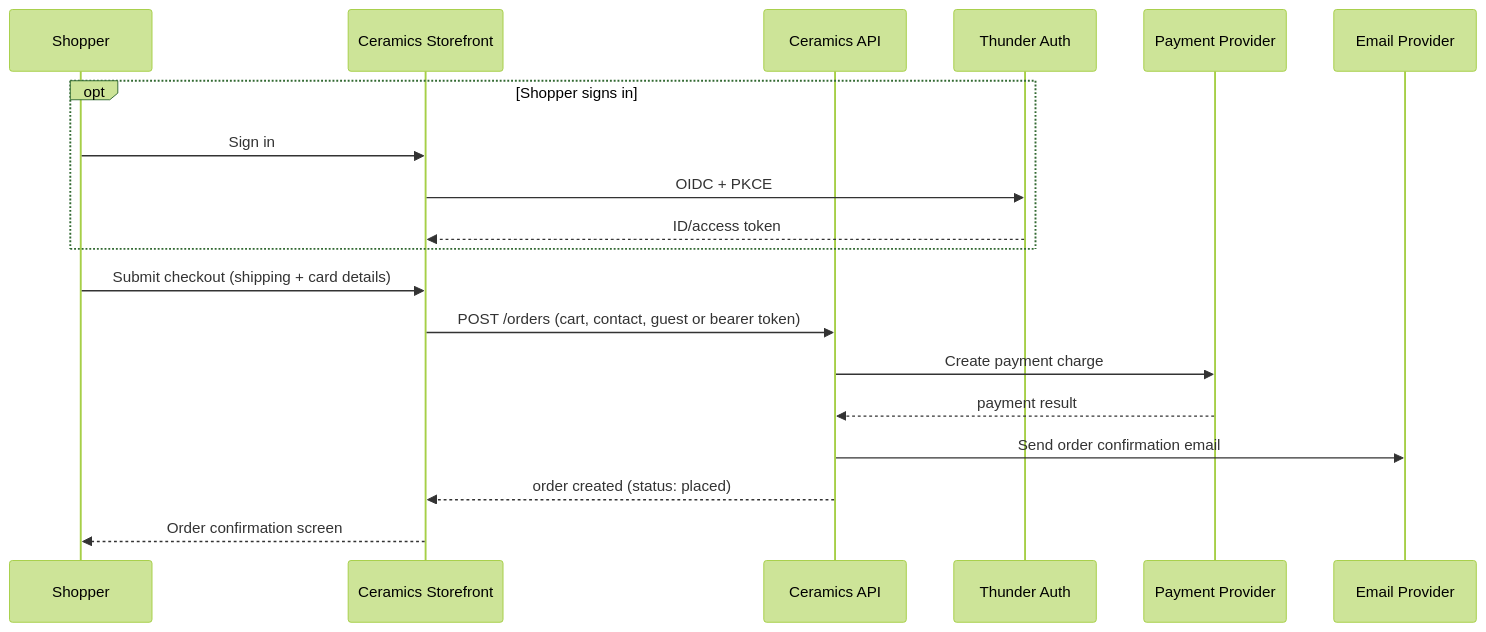
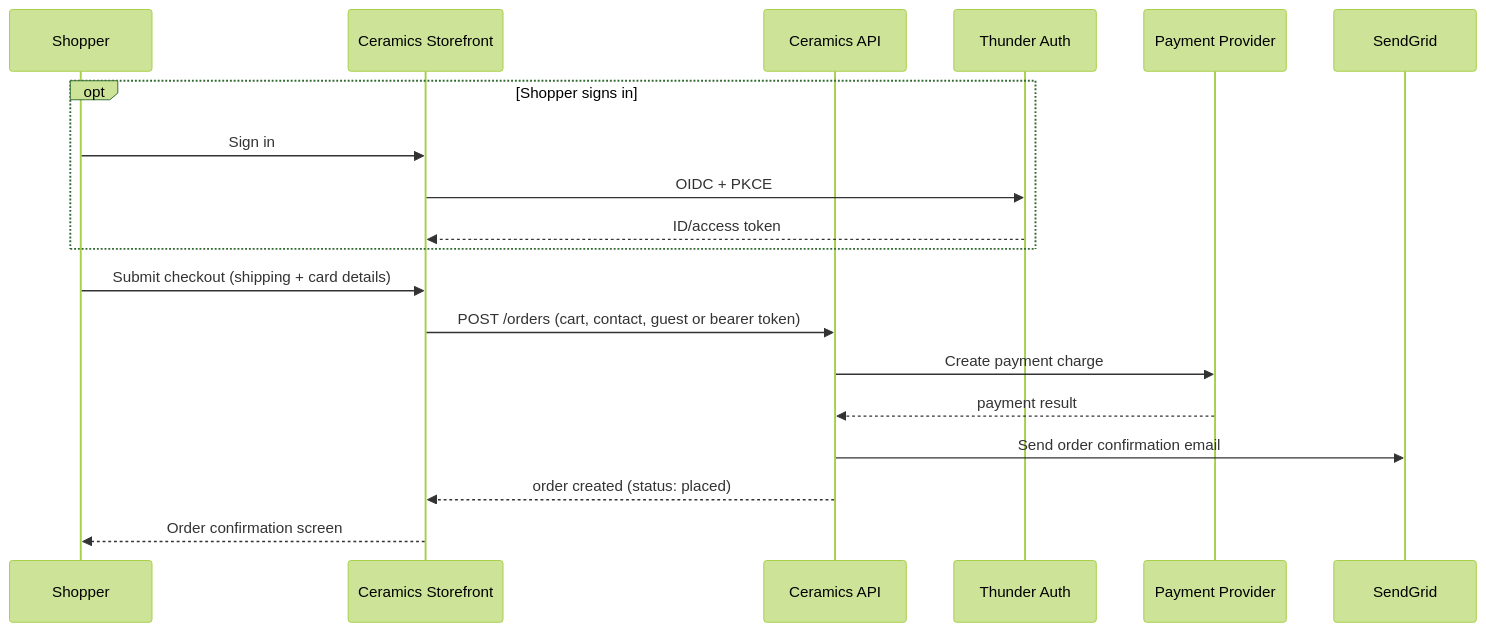
Before and after one commit to senithkay-asdlc/store-handmade-ceramicsw7: the fourth of 5 diagrams in specs/design/design.md, drawn with Mermaid (forest theme). The commit also changed other lines of this file and 2 other files, not shown here.

Commit message:
aep: apply file changes: collab session

````diff
--- a/specs/design/design.md
+++ b/specs/design/design.md
@@ -125,22 +125,22 @@
 ```mermaid
 sequenceDiagram
   participant S as Shopper
   participant W as Ceramics Storefront
   participant A as Ceramics API
   participant T as Thunder Auth
   participant P as Payment Provider
-  participant E as Email Provider
+  participant E as SendGrid
 
   opt Shopper signs in
     S->>W: Sign in
     W->>T: OIDC + PKCE
     T-->>W: ID/access token
   end
   S->>W: Submit checkout (shipping + card details)
   W->>A: POST /orders (cart, contact, guest or bearer token)
   A->>P: Create payment charge
   P-->>A: payment result
   A->>E: Send order confirmation email
   A-->>W: order created (status: placed)
   W-->>S: Order confirmation screen
 ```
````
